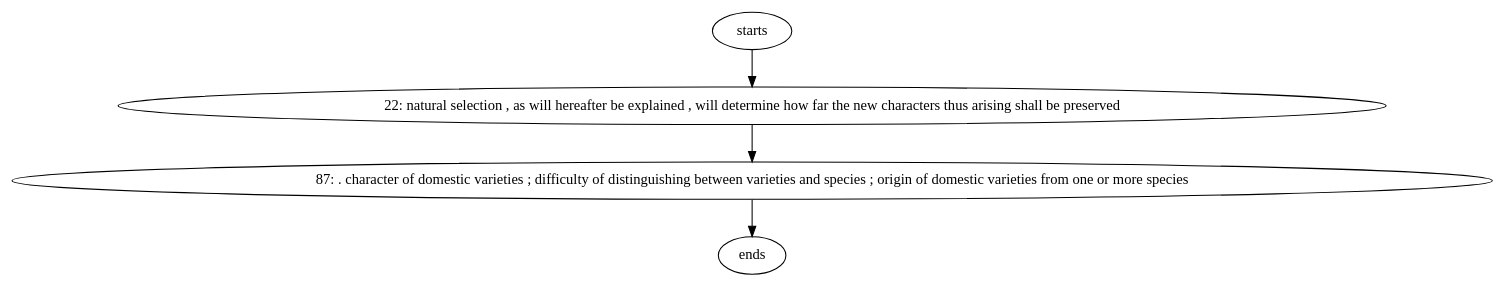
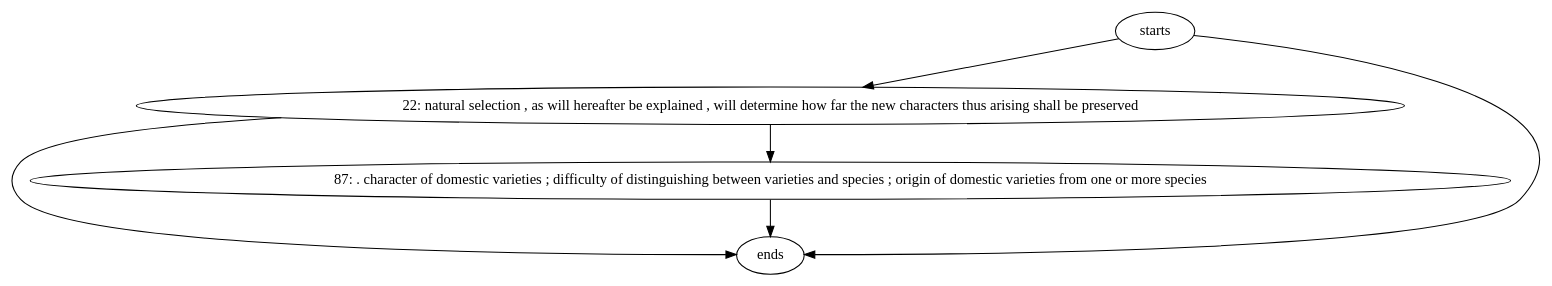
Before and after one commit to djbpitt/scala-graphing-sandbox: the diagram in src/main/mockups/dag2.dot, drawn with Graphviz. The commit also changed 3 other files, not shown here.

```diff
--- a/src/main/mockups/dag2.dot
+++ b/src/main/mockups/dag2.dot
@@ -1,9 +1,11 @@
 digraph G {
+	22 -> ends;
 	22 -> 87;
 	87 -> ends;
+	starts -> ends;
 	starts -> 22;
 	22[label="22: natural selection , as will hereafter be explained , will determine how far the new characters thus arising shall be preserved "];
 	87[label="87: . character of domestic varieties ; difficulty of distinguishing between varieties and species ; origin of domestic varieties from one or more species "];
 	starts[label=starts];
 	ends[label=ends]
 }
```
